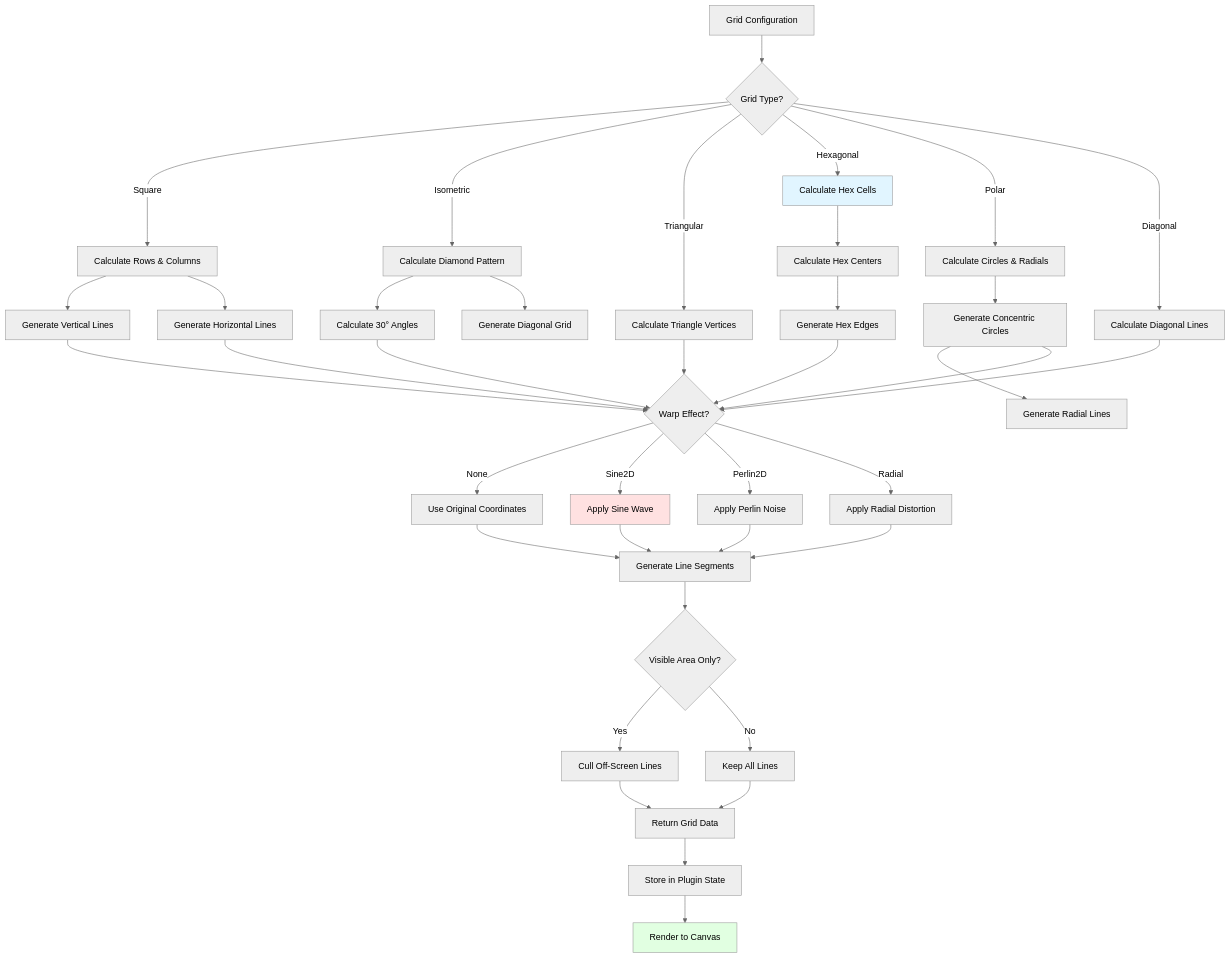
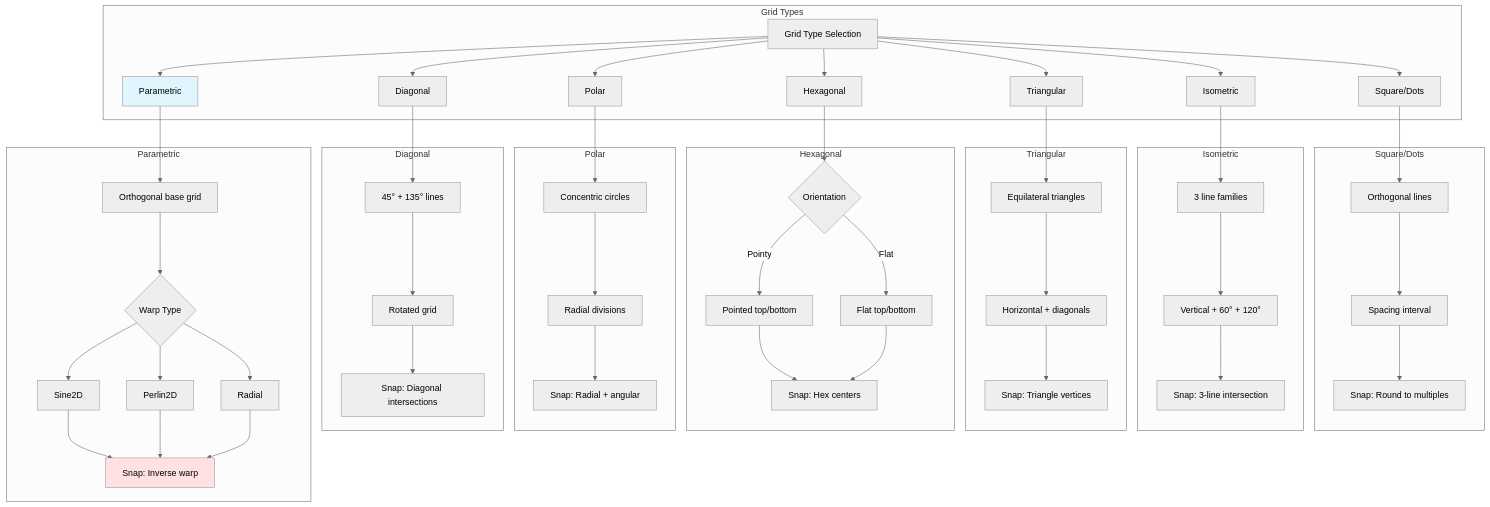
One commit to ekrsulov/ttpe changed the second of 4 diagrams in doc/docs/plugins/catalog/grid.md. Above: the diagram before and after it, drawn with Mermaid (neutral theme). The commit also changed other lines of this file and 20 other files, not shown here.

````diff
--- a/doc/docs/plugins/catalog/grid.md
+++ b/doc/docs/plugins/catalog/grid.md
@@ -142,55 +101,65 @@
 ```mermaid
-flowchart TD
-    A[Grid Configuration] --> B{Grid Type?}
+graph TB
+    subgraph "Grid Types"
+        GT[Grid Type Selection]
+        GT --> T1[Square/Dots]
+        GT --> T2[Isometric]
+        GT --> T3[Triangular]
+        GT --> T4[Hexagonal]
+        GT --> T5[Polar]
+        GT --> T6[Diagonal]
+        GT --> T7[Parametric]
+    end
     
-    B -->|Square| C1[Calculate Rows & Columns]
-    B -->|Isometric| C2[Calculate Diamond Pattern]
-    B -->|Triangular| C3[Calculate Triangle Vertices]
-    B -->|Hexagonal| C4[Calculate Hex Cells]
-    B -->|Polar| C5[Calculate Circles & Radials]
-    B -->|Diagonal| C6[Calculate Diagonal Lines]
+    subgraph "Square/Dots"
+        T1 --> S1[Orthogonal lines]
+        S1 --> S2[Spacing interval]
+        S2 --> S3[Snap: Round to multiples]
+    end
     
-    C1 --> D1[Generate Vertical Lines]
-    C1 --> D2[Generate Horizontal Lines]
+    subgraph "Isometric"
+        T2 --> I1[3 line families]
+        I1 --> I2[Vertical + 60° + 120°]
+        I2 --> I3[Snap: 3-line intersection]
+    end
     
-    C2 --> E1[Calculate 30° Angles]
-    C2 --> E2[Generate Diagonal Grid]
+    subgraph "Triangular"
+        T3 --> TR1[Equilateral triangles]
+        TR1 --> TR2[Horizontal + diagonals]
+        TR2 --> TR3[Snap: Triangle vertices]
+    end
     
-    C4 --> F1[Calculate Hex Centers]
-    F1 --> F2[Generate Hex Edges]
+    subgraph "Hexagonal"
+        T4 --> H1{Orientation}
+        H1 -->|Pointy| H2[Pointed top/bottom]
+        H1 -->|Flat| H3[Flat top/bottom]
+        H2 --> H4[Snap: Hex centers]
+        H3 --> H4
+    end
     
-    C5 --> G1[Generate Concentric Circles]
-    G1 --> G2[Generate Radial Lines]
+    subgraph "Polar"
+        T5 --> P1[Concentric circles]
+        P1 --> P2[Radial divisions]
+        P2 --> P3[Snap: Radial + angular]
+    end
     
-    D1 --> H{Warp Effect?}
-    D2 --> H
-    E1 --> H
-    F2 --> H
-    G1 --> H
-    C3 --> H
-    C6 --> H
+    subgraph "Diagonal"
+        T6 --> D1[45° + 135° lines]
+        D1 --> D2[Rotated grid]
+        D2 --> D3[Snap: Diagonal intersections]
+    end
     
-    H -->|None| I[Use Original Coordinates]
-    H -->|Sine2D| J[Apply Sine Wave]
-    H -->|Perlin2D| K[Apply Perlin Noise]
-    H -->|Radial| L[Apply Radial Distortion]
+    subgraph "Parametric"
+        T7 --> PA1[Orthogonal base grid]
+        PA1 --> PA2{Warp Type}
+        PA2 --> W1[Sine2D]
+        PA2 --> W2[Perlin2D]
+        PA2 --> W3[Radial]
+        W1 --> PA3[Snap: Inverse warp]
+        W2 --> PA3
+        W3 --> PA3
+    end
     
-    I --> M[Generate Line Segments]
-    J --> M
-    K --> M
-    L --> M
-    
-    M --> N{Visible Area Only?}
-    N -->|Yes| O[Cull Off-Screen Lines]
-    N -->|No| P[Keep All Lines]
-    
-    O --> Q[Return Grid Data]
-    P --> Q
-    
-    Q --> R[Store in Plugin State]
-    R --> S[Render to Canvas]
-    
-    style C4 fill:#e1f5ff
-    style J fill:#ffe1e1
-    style S fill:#e1ffe1
+    style T7 fill:#e1f5ff
+    style PA3 fill:#ffe1e1
 ```
````
